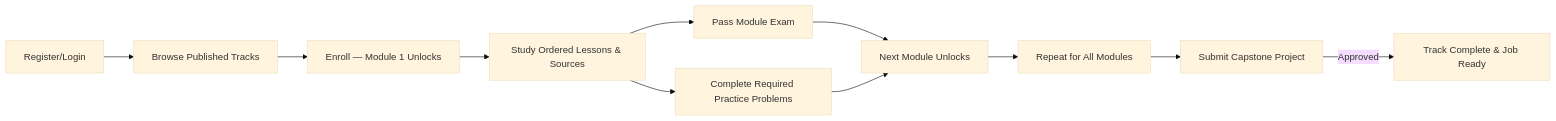
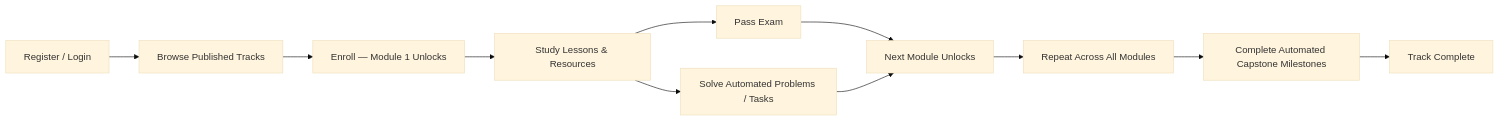
The ninth of 9 diagrams in docs/business/WORKFLOWS.md (Tawjjeh/TalebElm), drawn with Mermaid (base theme) before and after one commit. The commit also changed other lines of this file and 4 other files, not shown here.

Commit message:
docs: align product vision, roadmap, and core decisions with zero manual gating

````diff
--- a/docs/business/WORKFLOWS.md
+++ b/docs/business/WORKFLOWS.md
@@ -148,12 +195,12 @@
 ```mermaid
 flowchart LR
-    R[Register/Login] --> B[Browse Published Tracks]
+    R[Register / Login] --> B[Browse Published Tracks]
     B --> E[Enroll — Module 1 Unlocks]
-    E --> S[Study Ordered Lessons & Sources]
-    S --> X[Pass Module Exam]
-    S --> P[Complete Required Practice Problems]
+    E --> S[Study Lessons & Resources]
+    S --> X[Pass Exam]
+    S --> P[Solve Automated Problems / Tasks]
     X & P --> N[Next Module Unlocks]
-    N --> V[Repeat for All Modules]
-    V --> CAP[Submit Capstone Project]
-    CAP -- Approved --> DONE[Track Complete & Job Ready]
+    N --> V[Repeat Across All Modules]
+    V --> CAP[Complete Automated Capstone Milestones]
+    CAP --> DONE[Track Complete]
 ```
````
